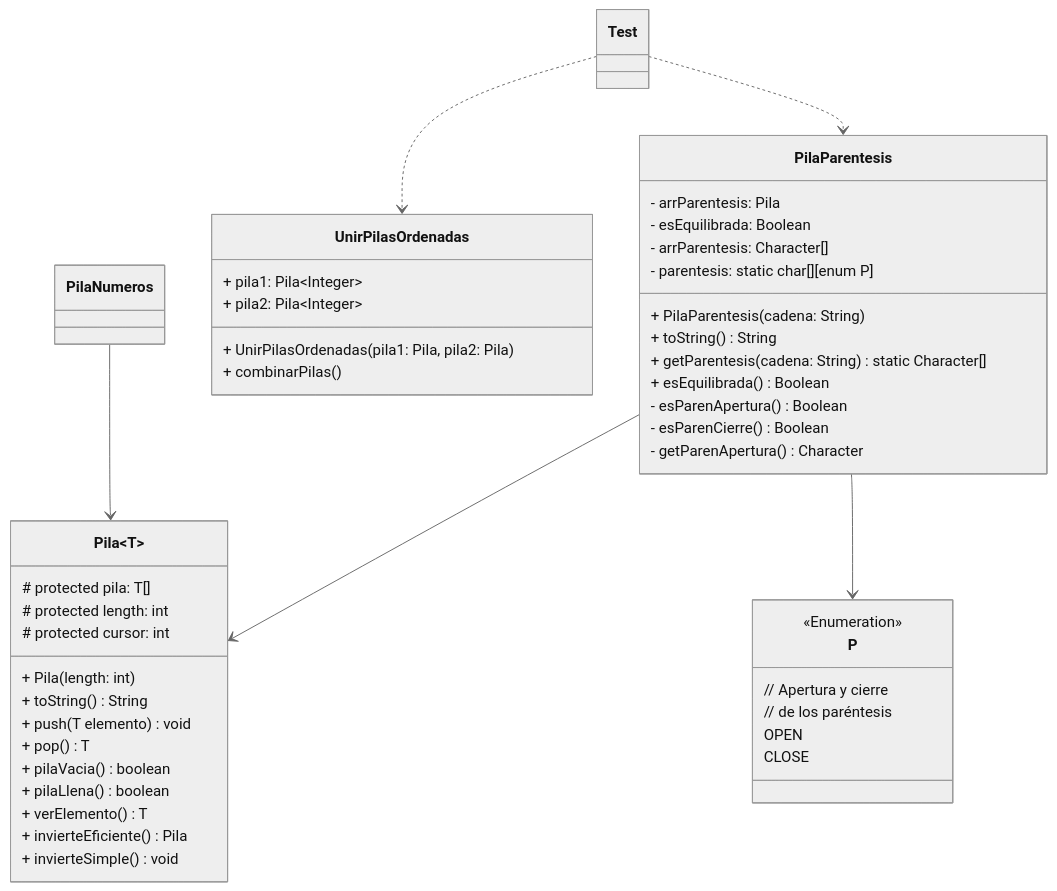
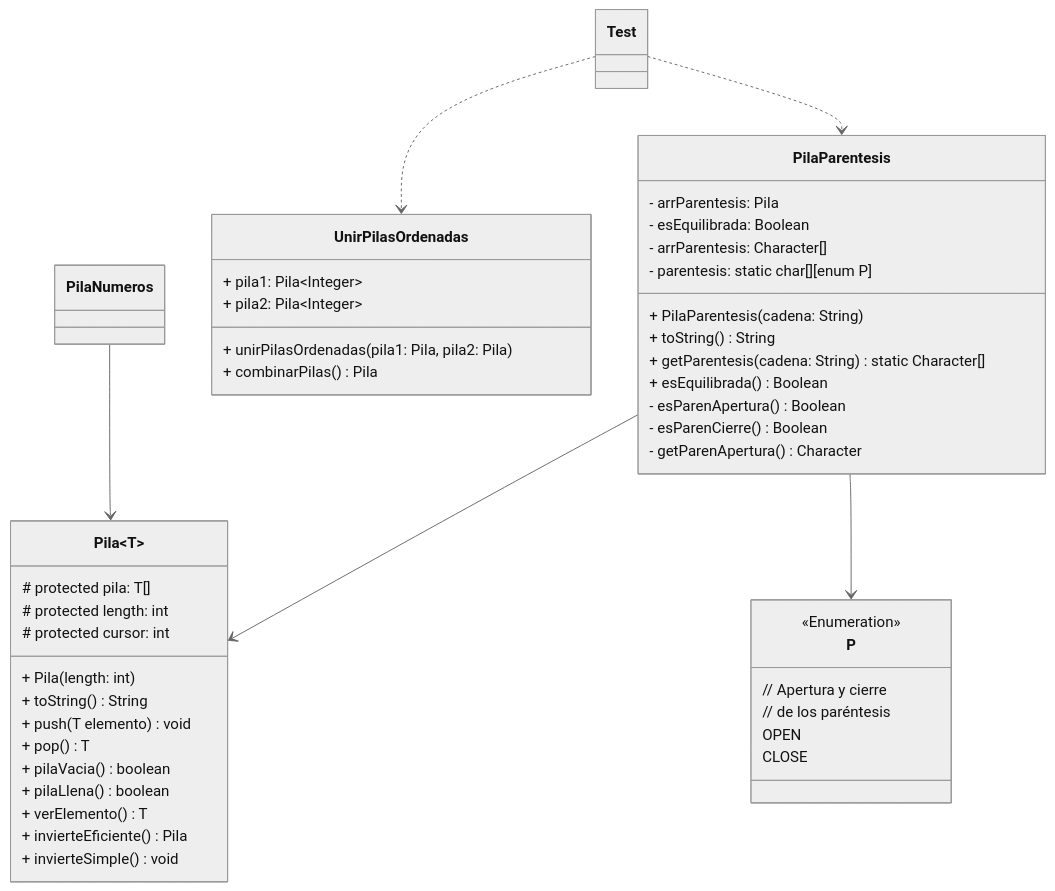
One commit to aguz11/EDA_Tp3-2 changed the diagram in class-diagram.md. Above: the diagram before and after it, drawn with Mermaid (neutral theme). The commit also changed 5 other files, not shown here.

````diff
--- a/class-diagram.md
+++ b/class-diagram.md
@@ -1,59 +1,59 @@
 ```mermaid
 classDiagram
     class Pila~T~ {
         # protected pila: T[]
         # protected length: int
         # protected cursor: int
 
         + Pila(length: int)
         + toString() String
 
         + push(T elemento) void
         + pop() T
         + pilaVacia() boolean
         + pilaLlena() boolean
         + verElemento() T
         + invierteEficiente() Pila
         + invierteSimple() void
 
     }
     class PilaParentesis {
         - arrParentesis: Pila
         - esEquilibrada: Boolean
         - arrParentesis: Character[]
         - parentesis: static char[][enum P]
 
         + PilaParentesis(cadena: String)
         + toString() String
         + getParentesis(cadena: String) static Character[]
         + esEquilibrada() Boolean
         - esParenApertura() Boolean
         - esParenCierre() Boolean
         - getParenApertura() Character
     }
      class P {
         <<Enumeration>>
         // Apertura y cierre
         // de los paréntesis
         OPEN
         CLOSE
     }
 
     class UnirPilasOrdenadas {
         + pila1: Pila~Integer~
         + pila2: Pila~Integer~
-        + UnirPilasOrdenadas(pila1: Pila, pila2: Pila)
-        + combinarPilas()
+        + unirPilasOrdenadas(pila1: Pila, pila2: Pila)
+        + combinarPilas() Pila
 
     }
     class Test {
 
     }
 
     PilaParentesis --> Pila
     PilaParentesis --> P
     PilaNumeros --> Pila
     Test ..> PilaParentesis
     Test ..> UnirPilasOrdenadas
 
 ```
````
